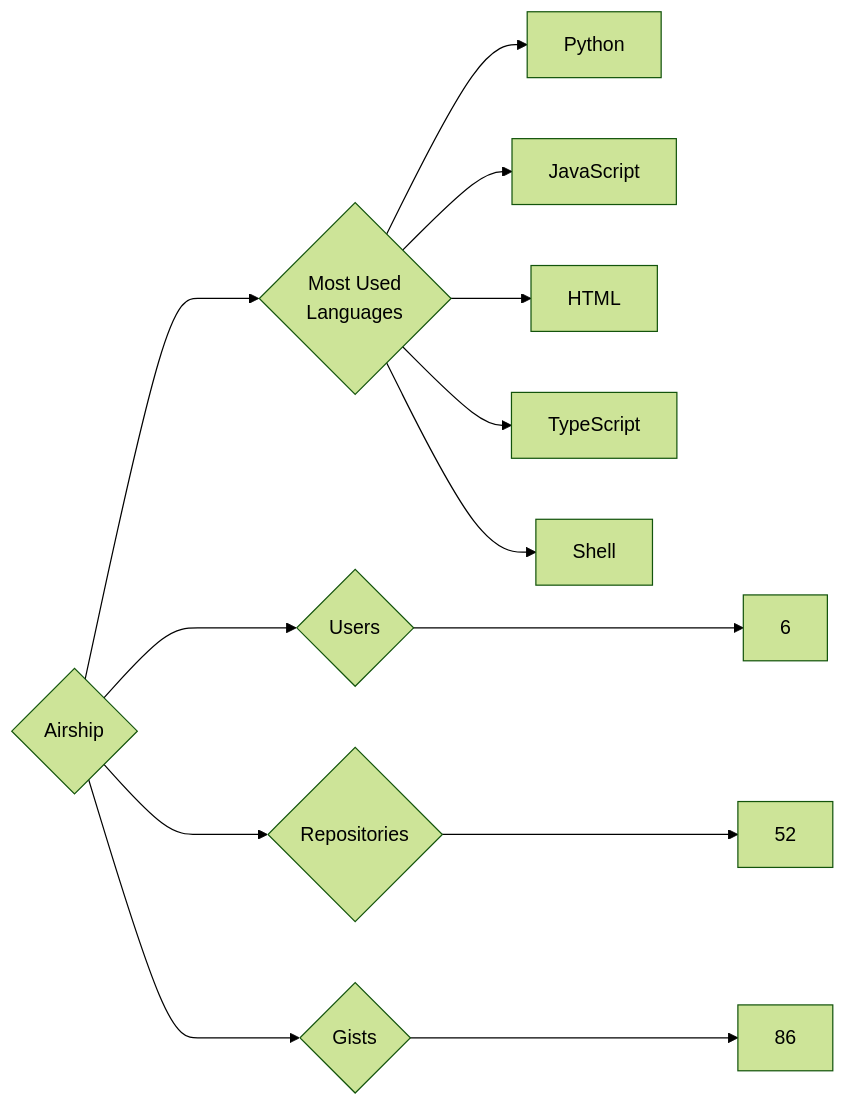
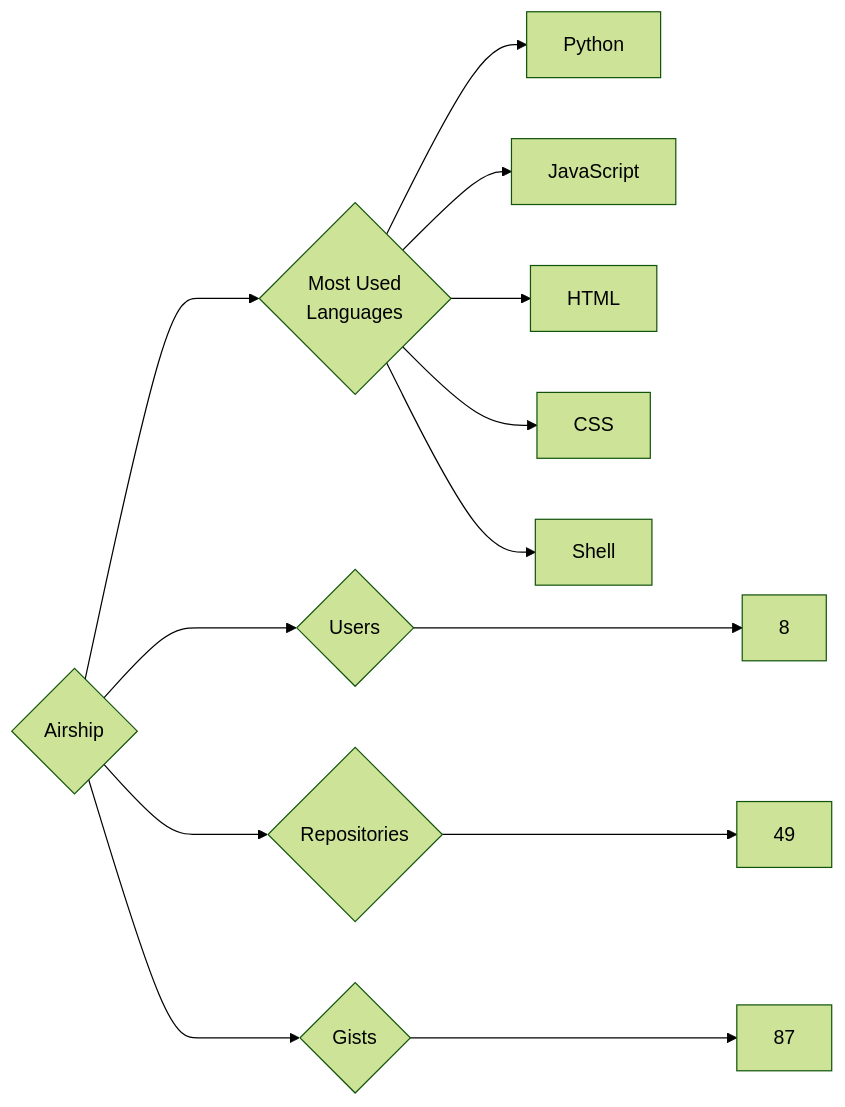
One commit to trickest/insiders changed the diagram in targets/Airship/README.md. Above: the diagram before and after it, drawn with Mermaid (forest theme). The commit also changed 938 other files, not shown here.

````diff
--- a/targets/Airship/README.md
+++ b/targets/Airship/README.md
@@ -3,13 +3,13 @@
 ```mermaid
 graph LR
 COMPANY_NAME{Airship}
-COMPANY_NAME ---> U{Users} ---> UN[6]
-COMPANY_NAME ---> R{Repositories} ---> RN[52]
-COMPANY_NAME ---> G{Gists} ---> GN[86]
+COMPANY_NAME ---> U{Users} ---> UN[8]
+COMPANY_NAME ---> R{Repositories} ---> RN[49]
+COMPANY_NAME ---> G{Gists} ---> GN[87]
 COMPANY_NAME ---> ML{Most Used<br>Languages}
 ML --> Python[Python]
 ML --> JavaScript[JavaScript]
 ML --> HTML[HTML]
-ML --> TypeScript[TypeScript]
+ML --> CSS[CSS]
 ML --> Shell[Shell]
 ```
````
